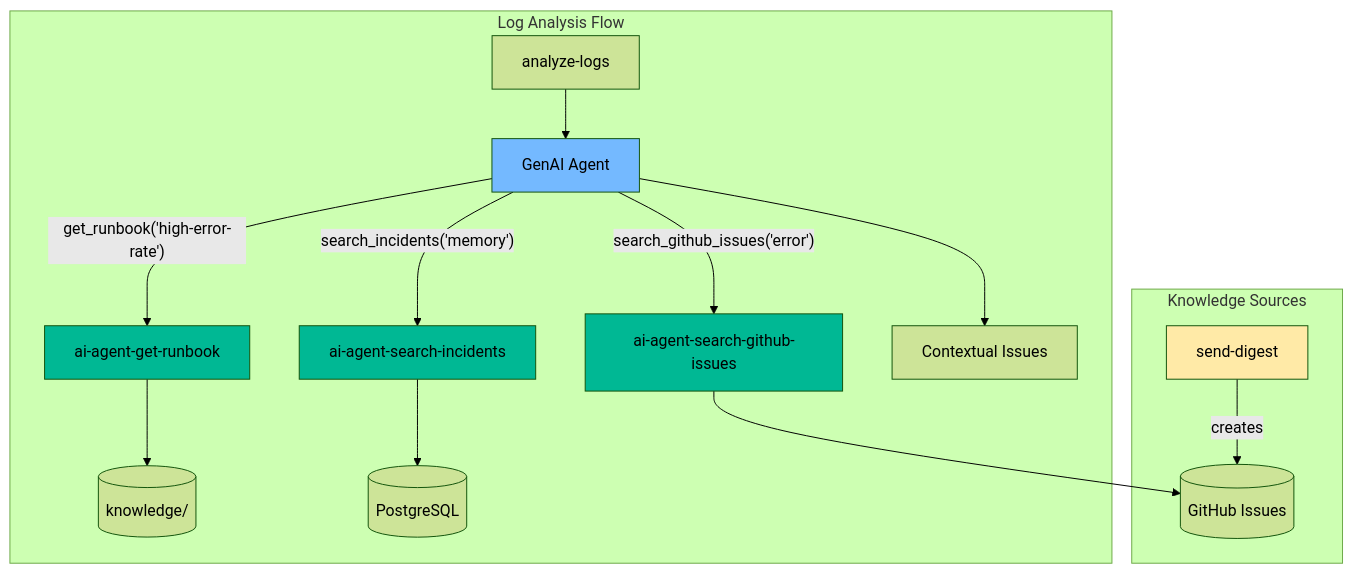
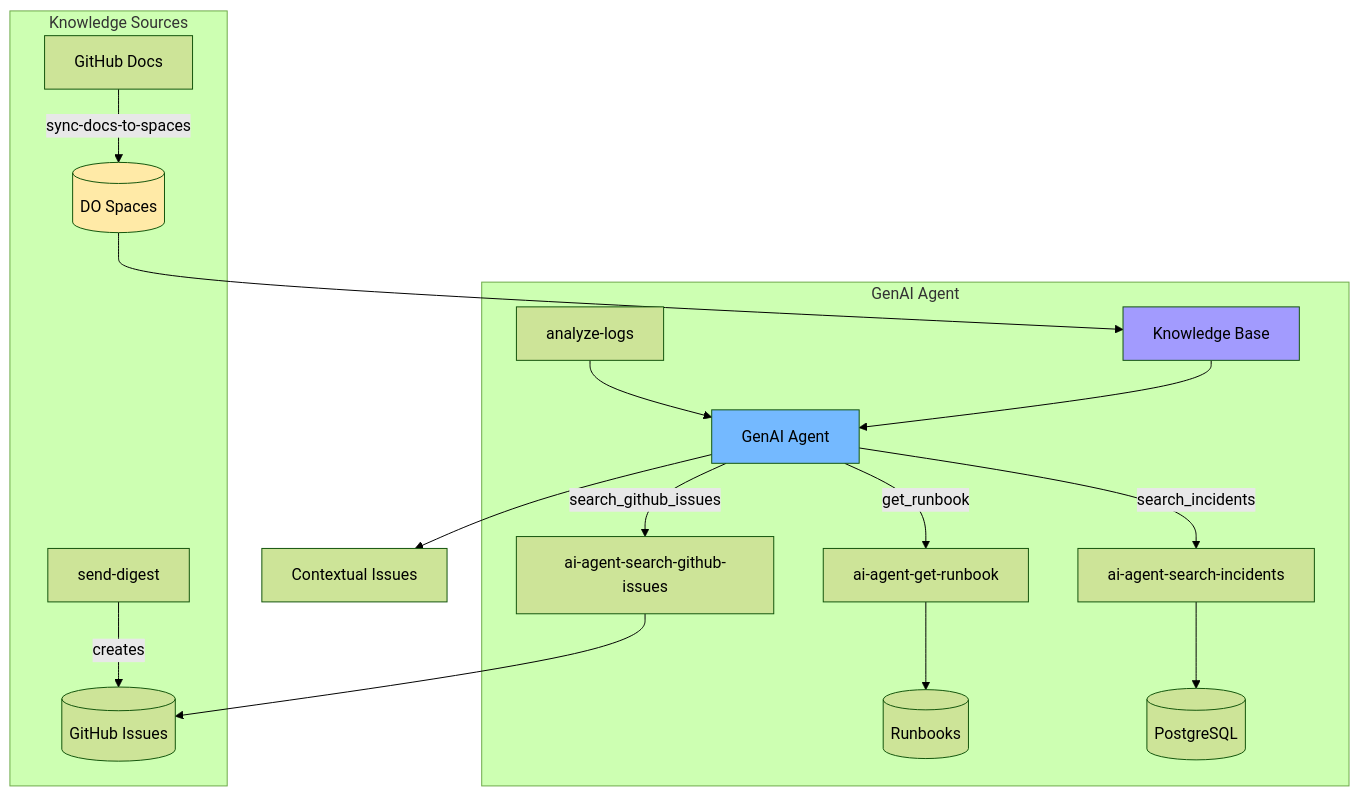
One commit to MikeBild/fleexstack-monitoring changed the first of 2 diagrams in docs/knowledge-base-integration.md. Above: the diagram before and after it, drawn with Mermaid (forest theme). The commit also changed other lines of this file and 5 other files, not shown here.

First line of the commit message:
docs: restructure knowledge-base-integration with audience-based approach

````diff
--- a/docs/knowledge-base-integration.md
+++ b/docs/knowledge-base-integration.md
@@ -34,23 +7,25 @@
 ```mermaid
 graph TB
     subgraph "Knowledge Sources"
-        SD[send-digest] -->|creates| GH[(GitHub Issues)]
+        GH_DOCS[GitHub Docs] -->|sync-docs-to-spaces| SPACES[(DO Spaces)]
+        SD[send-digest] -->|creates| GH_ISSUES[(GitHub Issues)]
     end
 
-    subgraph "Log Analysis Flow"
+    subgraph "GenAI Agent"
+        SPACES --> KB[Knowledge Base]
         AL[analyze-logs] --> Agent[GenAI Agent]
-        Agent -->|"get_runbook('high-error-rate')"| GR[ai-agent-get-runbook]
-        Agent -->|"search_incidents('memory')"| SI[ai-agent-search-incidents]
-        Agent -->|"search_github_issues('error')"| SGI[ai-agent-search-github-issues]
-        GR --> KB[(knowledge/)]
+        KB --> Agent
+        Agent -->|get_runbook| GR[ai-agent-get-runbook]
+        Agent -->|search_incidents| SI[ai-agent-search-incidents]
+        Agent -->|search_github_issues| SGI[ai-agent-search-github-issues]
+        GR --> RUNBOOKS[(Runbooks)]
         SI --> DB[(PostgreSQL)]
-        SGI --> GH
-        Agent --> Issues[Contextual Issues]
+        SGI --> GH_ISSUES
     end
 
+    Agent --> Issues[Contextual Issues]
+
     style Agent fill:#74b9ff
-    style GR fill:#00b894
-    style SI fill:#00b894
-    style SGI fill:#00b894
-    style SD fill:#ffeaa7
+    style KB fill:#a29bfe
+    style SPACES fill:#ffeaa7
 ```
````
